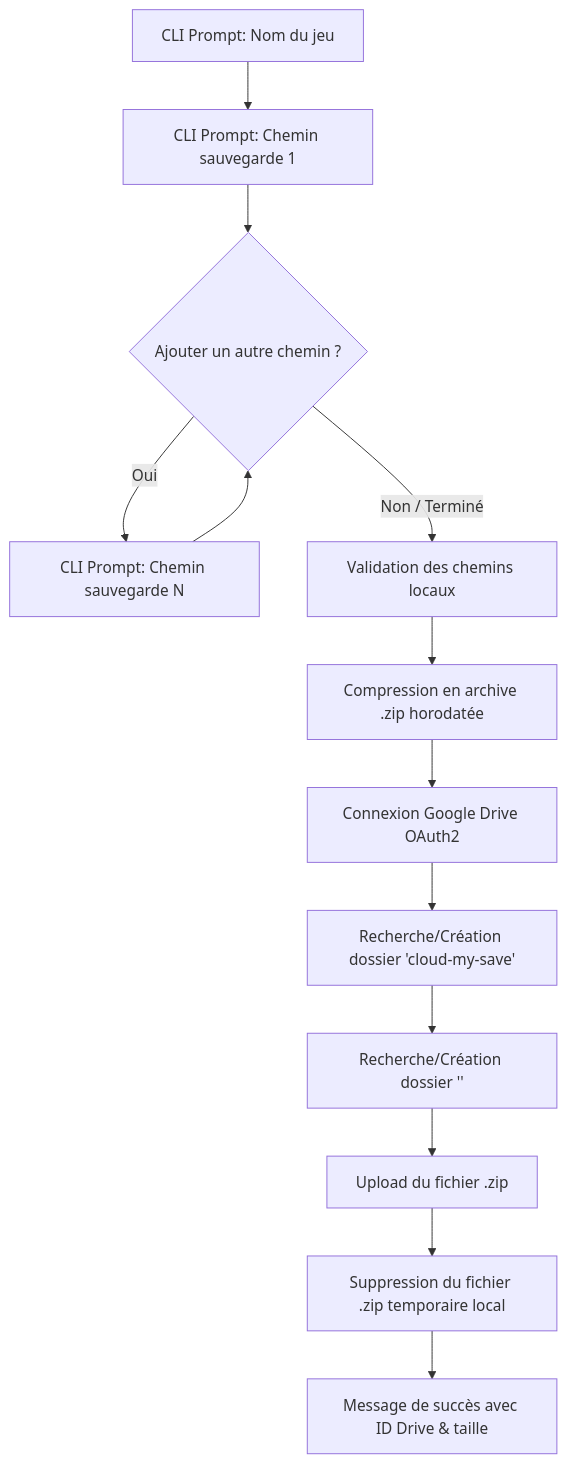
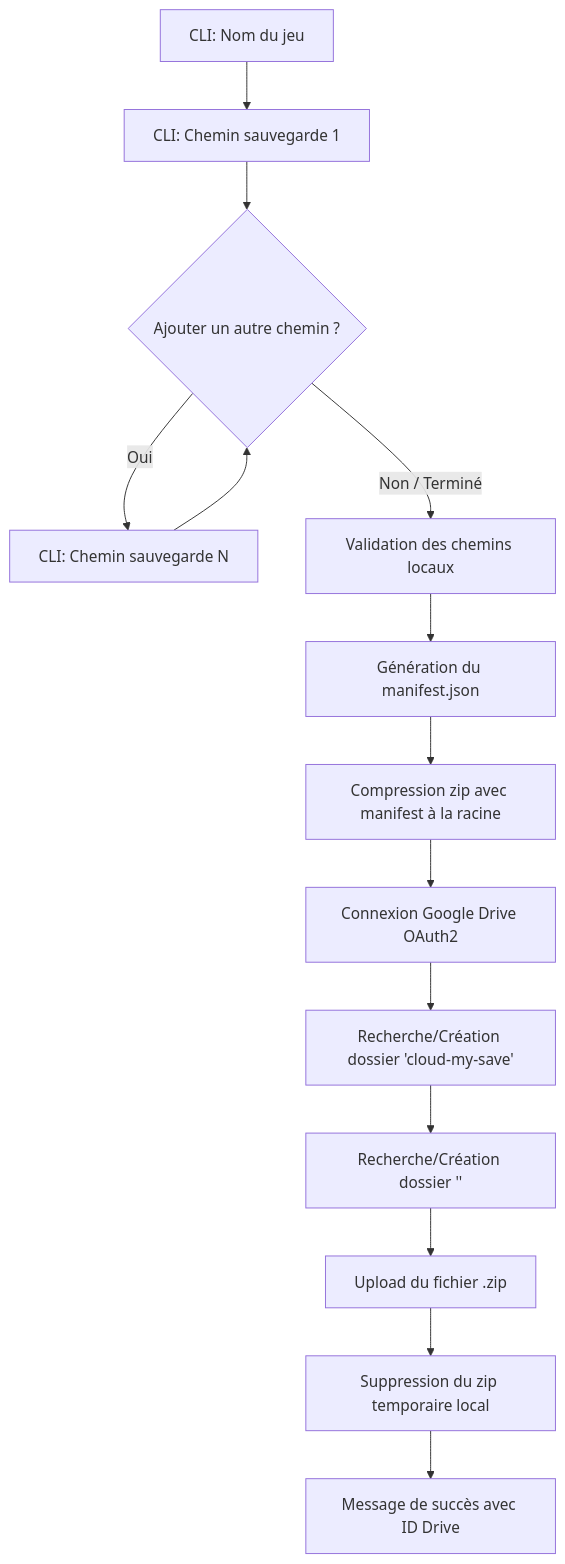
One commit to MaxenceLAURENCE/cloud-my-save changed the second of 3 diagrams in explication.md. Above: the diagram before and after it, drawn with Mermaid. The commit also changed other lines of this file and 7 other files, not shown here.

````diff
--- a/explication.md
+++ b/explication.md
@@ -219,15 +205,16 @@
 ```mermaid
 flowchart TD
-    A[CLI Prompt: Nom du jeu] --> B[CLI Prompt: Chemin sauvegarde 1]
+    A[CLI: Nom du jeu] --> B[CLI: Chemin sauvegarde 1]
     B --> C{Ajouter un autre chemin ?}
-    C -- Oui --> D[CLI Prompt: Chemin sauvegarde N]
+    C -- Oui --> D[CLI: Chemin sauvegarde N]
     D --> C
     C -- Non / Terminé --> E[Validation des chemins locaux]
-    E --> F[Compression en archive .zip horodatée]
-    F --> G[Connexion Google Drive OAuth2]
-    G --> H[Recherche/Création dossier 'cloud-my-save']
-    H --> I[Recherche/Création dossier '<NomDuJeu>']
-    I --> J[Upload du fichier .zip]
-    J --> K[Suppression du fichier .zip temporaire local]
-    K --> L[Message de succès avec ID Drive & taille]
+    E --> F[Génération du manifest.json]
+    F --> G[Compression zip avec manifest à la racine]
+    G --> H[Connexion Google Drive OAuth2]
+    H --> I[Recherche/Création dossier 'cloud-my-save']
+    I --> J[Recherche/Création dossier '<NomDuJeu>']
+    J --> K[Upload du fichier .zip]
+    K --> L[Suppression du zip temporaire local]
+    L --> M[Message de succès avec ID Drive]
 ```
````
